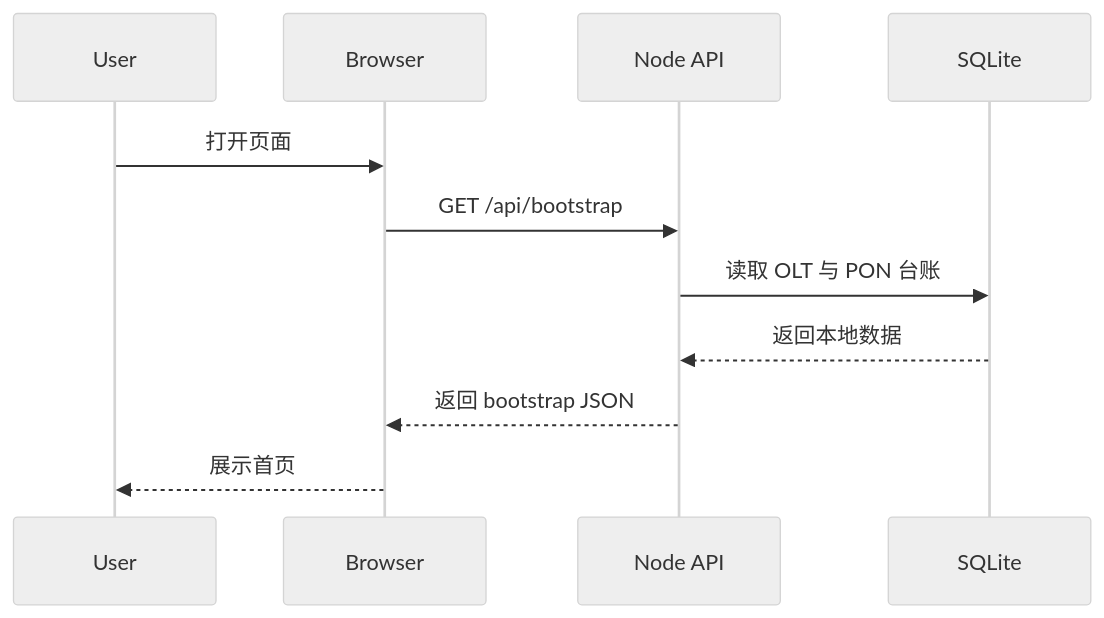
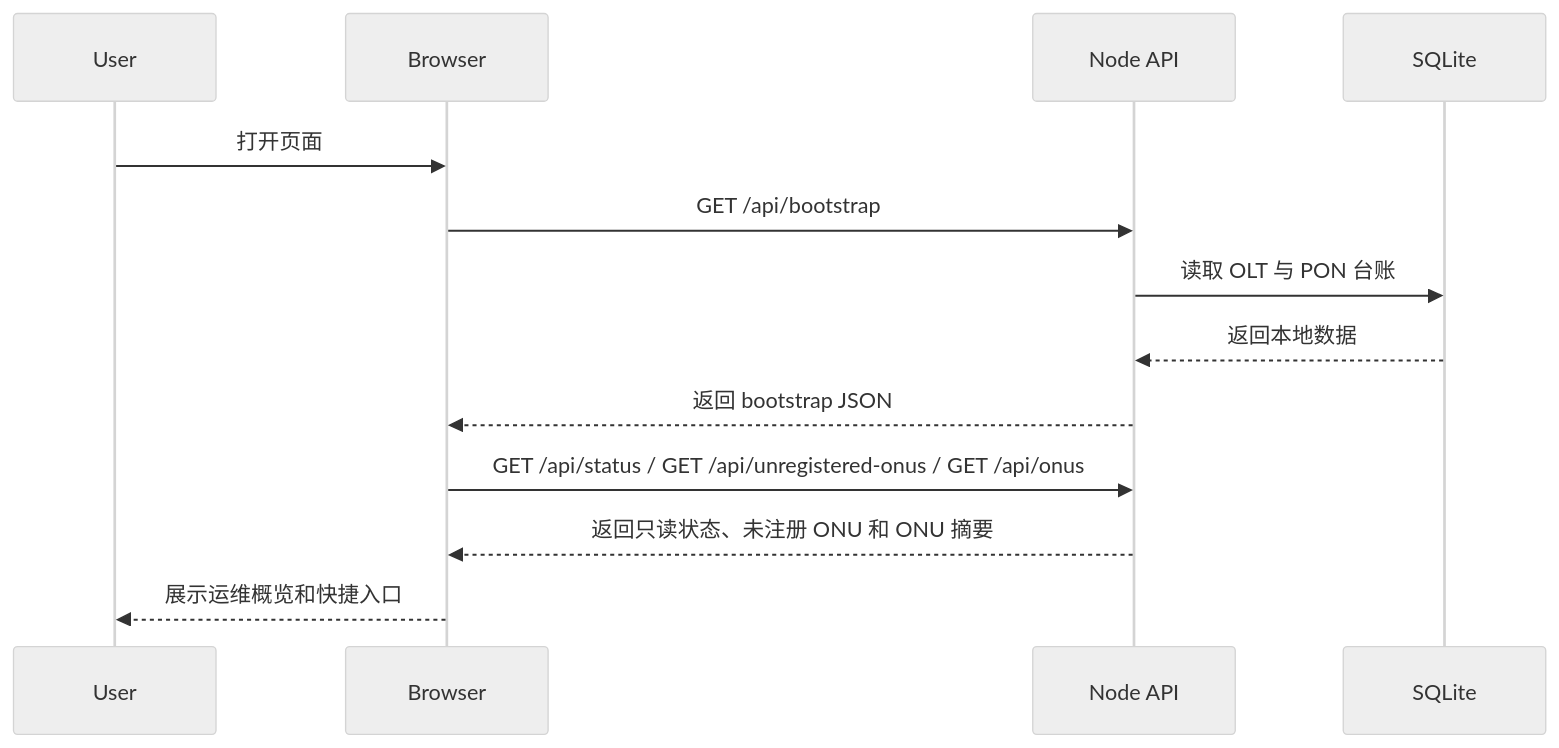
The first of 6 diagrams in docs/design/sequence.md (landvd/OLT-Manager), drawn with Mermaid (neutral theme) before and after one commit. The commit also changed other lines of this file and 12 other files, not shown here.

````diff
--- a/docs/design/sequence.md
+++ b/docs/design/sequence.md
@@ -7,14 +7,16 @@
 ```mermaid
 sequenceDiagram
   participant User as User
   participant Browser as Browser
   participant API as Node API
   participant DB as SQLite
 
   User->>Browser: 打开页面
   Browser->>API: GET /api/bootstrap
   API->>DB: 读取 OLT 与 PON 台账
   DB-->>API: 返回本地数据
   API-->>Browser: 返回 bootstrap JSON
-  Browser-->>User: 展示首页
+  Browser->>API: GET /api/status / GET /api/unregistered-onus / GET /api/onus
+  API-->>Browser: 返回只读状态、未注册 ONU 和 ONU 摘要
+  Browser-->>User: 展示运维概览和快捷入口
 ```
````
